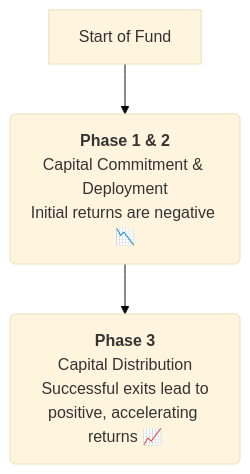
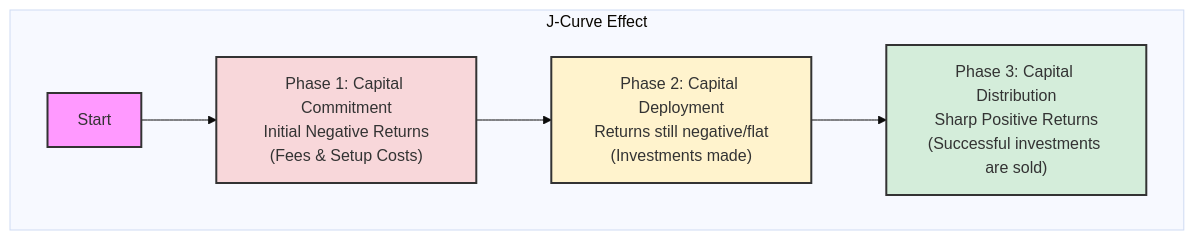
Before and after one commit to agarwalvipin/open_cfa: the diagram in docs/LOS/Alts/Reading 77.md, drawn with Mermaid (base theme). The commit also changed other lines of this file and 6 other files, not shown here.

````diff
--- a/docs/LOS/Alts/Reading 77.md
+++ b/docs/LOS/Alts/Reading 77.md
@@ -23,5 +28,13 @@
-    ```mermaid
-    graph TD;
-        A[Start of Fund] --> B(<b>Phase 1 & 2</b><br>Capital Commitment & Deployment<br>Initial returns are negative 📉);
-        B --> C(<b>Phase 3</b><br>Capital Distribution<br>Successful exits lead to<br>positive, accelerating returns 📈);
-    ```
+```mermaid
+graph LR
+  subgraph "J-Curve Effect"
+    direction LR
+    A["Start"] --> B["Phase 1: Capital Commitment<br/>Initial Negative Returns<br/>(Fees & Setup Costs)"]
+    B --> C["Phase 2: Capital Deployment<br/>Returns still negative/flat<br/>(Investments made)"]
+    C --> D["Phase 3: Capital Distribution<br/>Sharp Positive Returns<br/>(Successful investments are sold)"]
+  end
+  style A fill:#f9f,stroke:#333,stroke-width:2px
+  style B fill:#f8d7da,stroke:#333,stroke-width:2px
+  style C fill:#fff3cd,stroke:#333,stroke-width:2px
+  style D fill:#d4edda,stroke:#333,stroke-width:2px
+```
````
